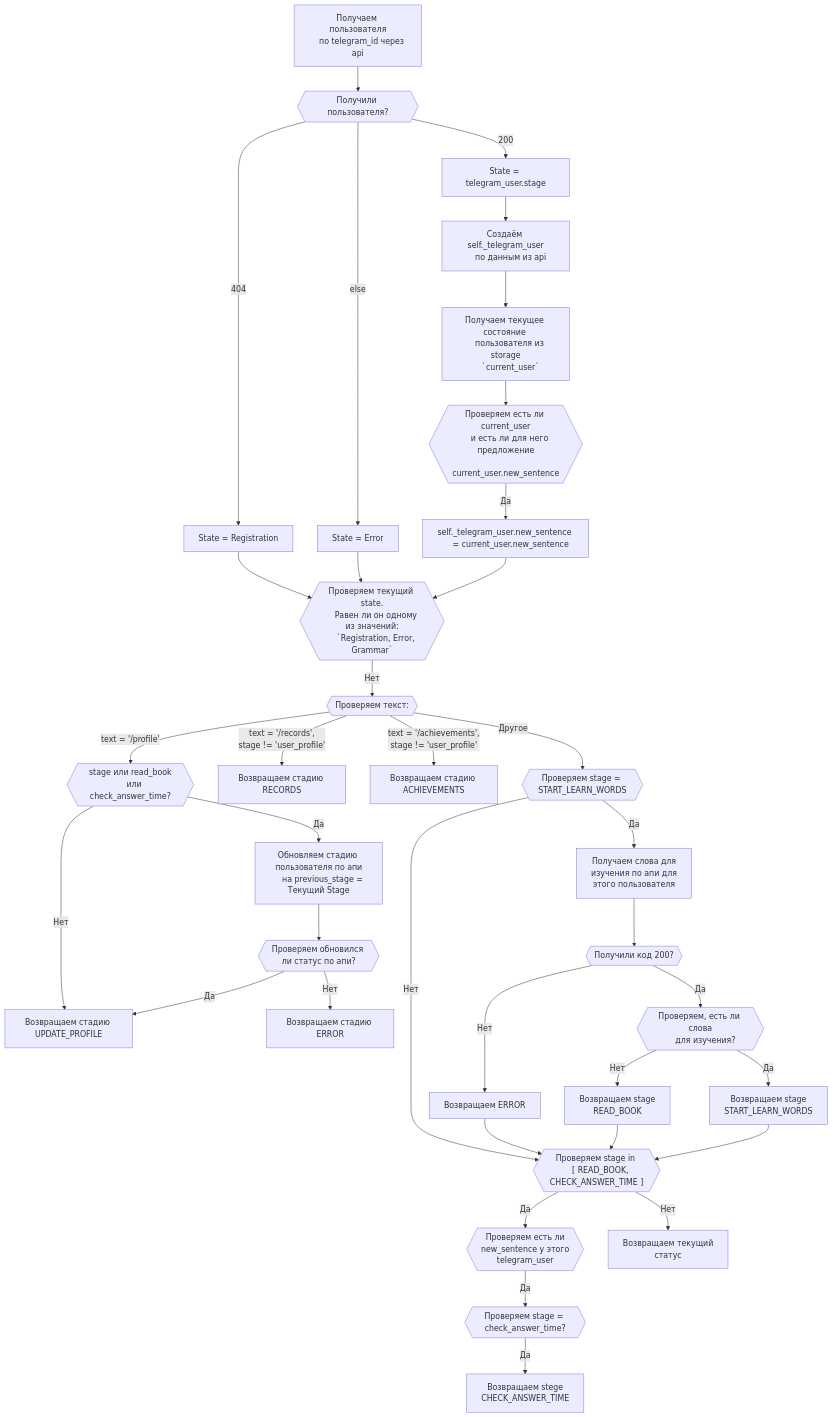
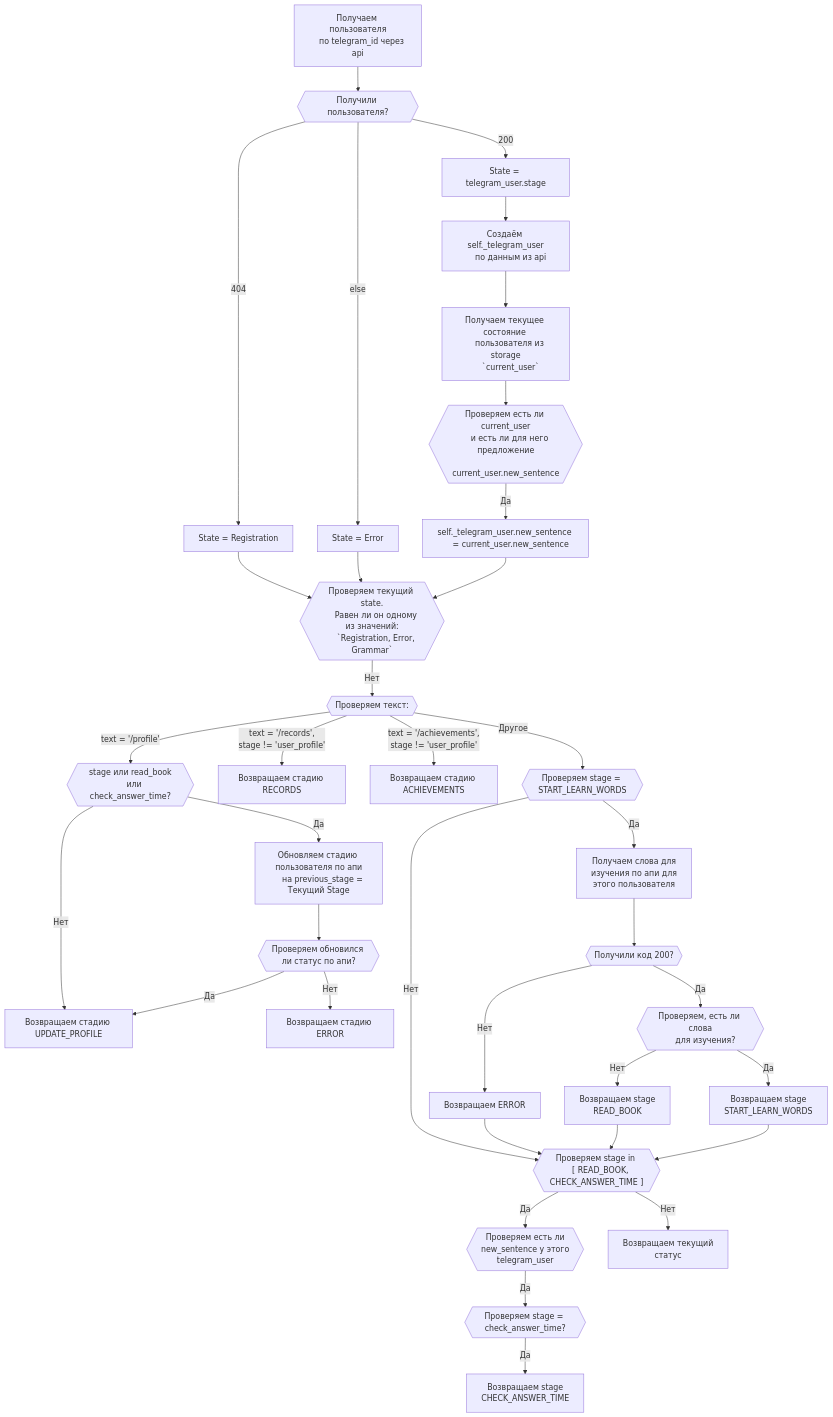
The diagram in documentation/middlewears_set_state.md (psgaiduk/learning_en_telegram_bot), drawn with Mermaid before and after one commit.

Commit message:
docs(documentation): fix type in middlewears_set_state

```diff
--- a/documentation/middlewears_set_state.md
+++ b/documentation/middlewears_set_state.md
@@ -99,7 +99,7 @@
     Проверяем stage = check_answer_time?
     }}
     check_stage_after_new_sentence_is_time --> |Да| return_check_answer_time[
-    Возвращаем stege
+    Возвращаем stage
     CHECK_ANSWER_TIME
     ]
     
```
